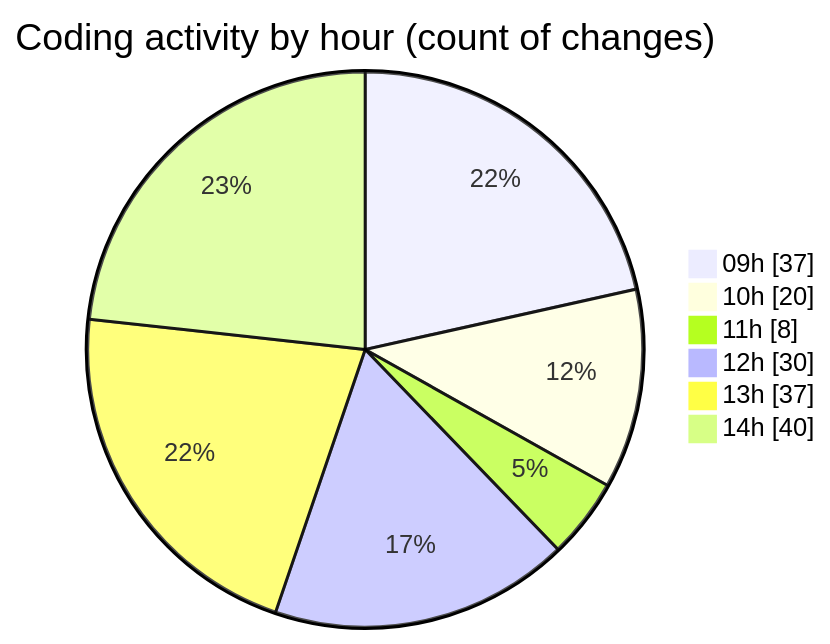
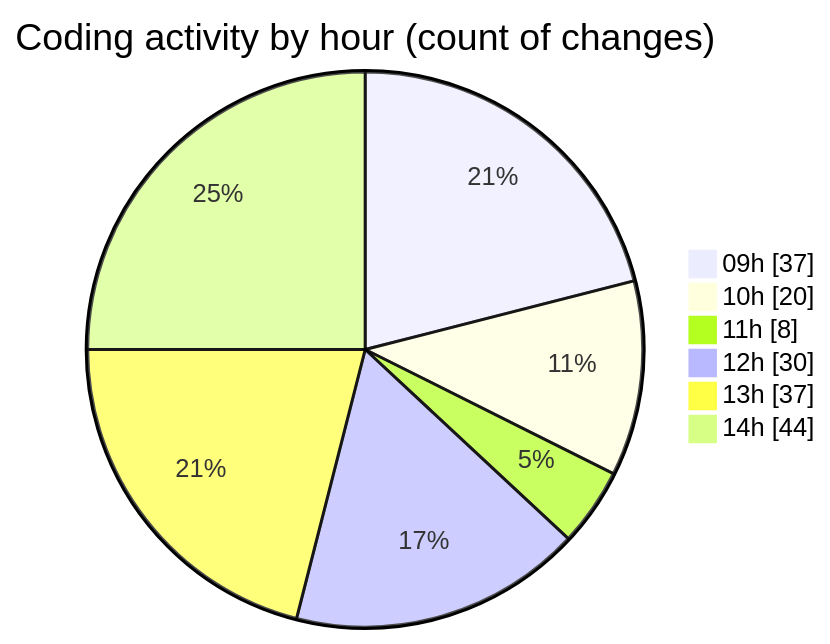
The second of 2 diagrams in 2026-05-08/cda/README.md (momahboobian/code-tracking), drawn with Mermaid before and after one commit. The commit also changed other lines of this file and 1 other file, not shown here.

````diff
--- a/2026-05-08/cda/README.md
+++ b/2026-05-08/cda/README.md
@@ -56,10 +56,10 @@
 ```mermaid
 pie showData
 title Coding activity by hour (count of changes)
 "09h" : 37
 "10h" : 20
 "11h" : 8
 "12h" : 30
 "13h" : 37
-"14h" : 40
+"14h" : 44
 ```
````
